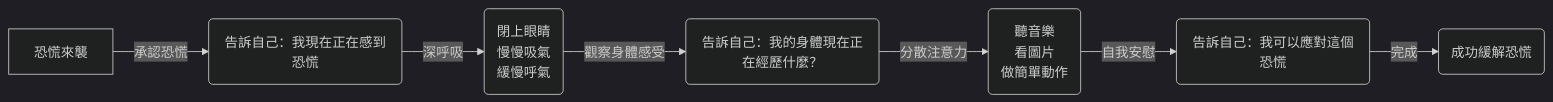
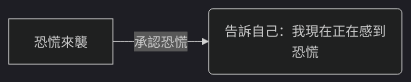
Before and after one commit to a920604a/engineernews: the first of 2 diagrams in src/content/posts/learning/2026-04-29-5-.md, drawn with Mermaid (dark theme). The commit also changed other lines of this file and 49 other files, not shown here.

````diff
--- a/src/content/posts/learning/2026-04-29-5-.md
+++ b/src/content/posts/learning/2026-04-29-5-.md
@@ -58,9 +24,4 @@
 ```mermaid
 graph LR
     A[恐慌來襲] -->|"承認恐慌"| B("告訴自己：我現在正在感到恐慌")
-    B -->|"深呼吸"| C(閉上眼睛\n慢慢吸氣\n緩慢呼氣)
-    C -->|"觀察身體感受"| D("告訴自己：我的身體現在正在經歷什麼？")
-    D -->|"分散注意力"| E(聽音樂\n看圖片\n做簡單動作)
-    E -->|"自我安慰"| F("告訴自己：我可以應對這個恐慌")
-    F -->|"完成"| G(成功緩解恐慌)
 ```
````
